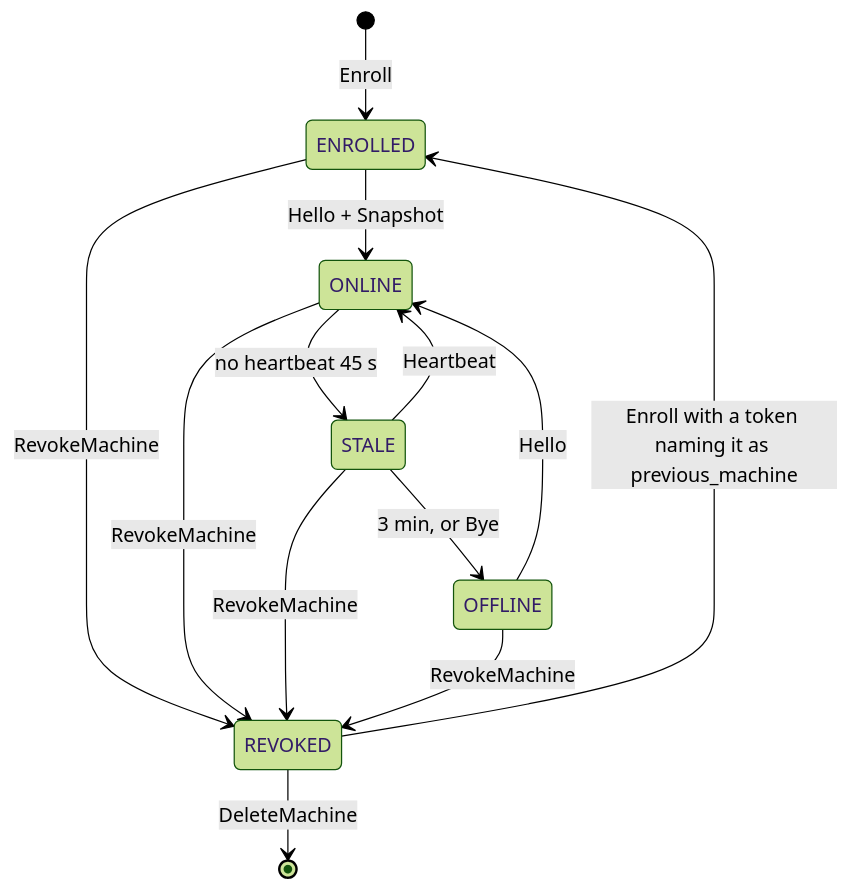
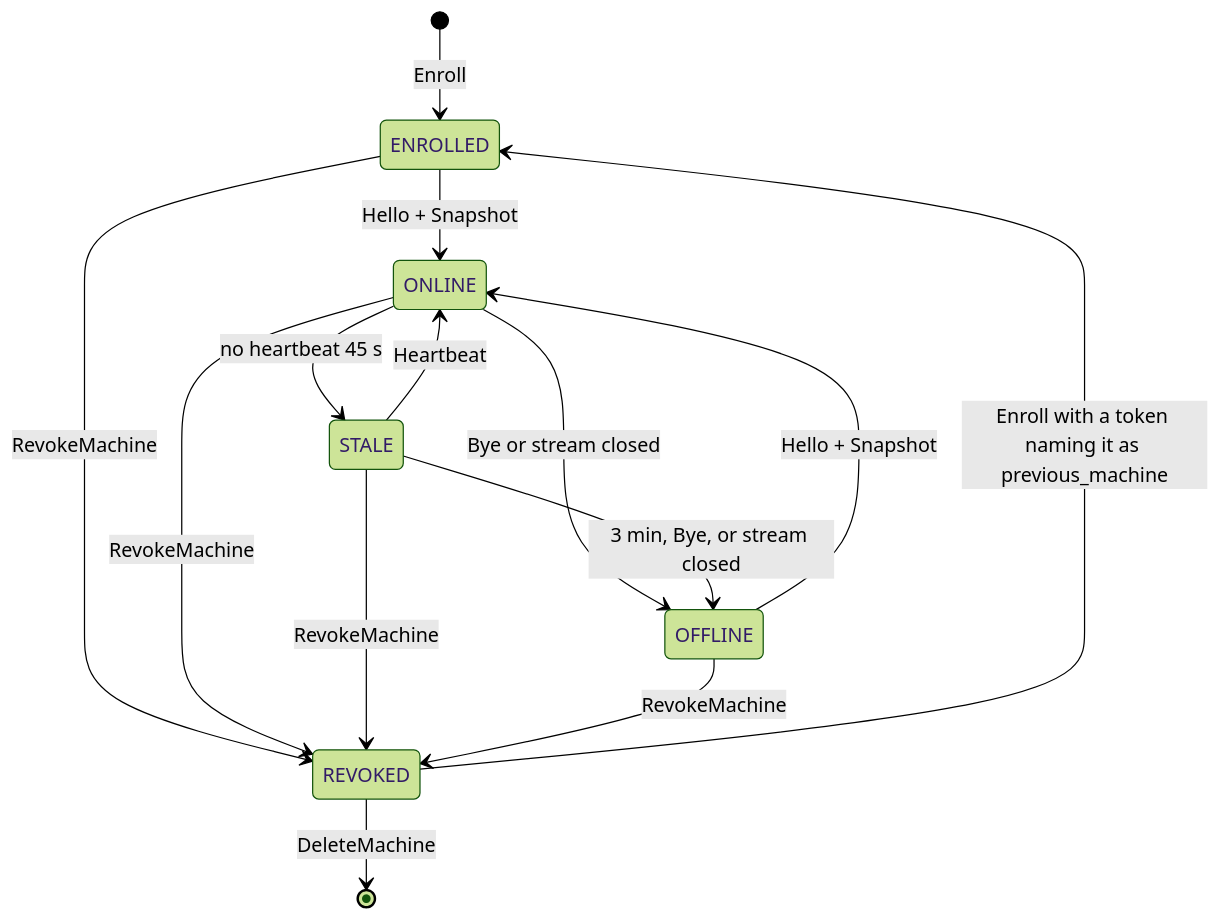
Before and after one commit to linuxdynasty/fleet-board: the diagram in docs/specs/02g-agent-security.md, drawn with Mermaid (forest theme). The commit also changed 12 other files, not shown here.

````diff
--- a/docs/specs/02g-agent-security.md
+++ b/docs/specs/02g-agent-security.md
@@ -252,15 +252,16 @@
 ```mermaid
 stateDiagram-v2
   [*] --> ENROLLED: Enroll
   ENROLLED --> ONLINE: Hello + Snapshot
   ONLINE --> STALE: no heartbeat 45 s
-  STALE --> OFFLINE: 3 min, or Bye
+  ONLINE --> OFFLINE: Bye or stream closed
+  STALE --> OFFLINE: 3 min, Bye, or stream closed
   STALE --> ONLINE: Heartbeat
-  OFFLINE --> ONLINE: Hello
+  OFFLINE --> ONLINE: Hello + Snapshot
   ENROLLED --> REVOKED: RevokeMachine
   ONLINE --> REVOKED: RevokeMachine
   STALE --> REVOKED: RevokeMachine
   OFFLINE --> REVOKED: RevokeMachine
   REVOKED --> ENROLLED: Enroll with a token naming it as previous_machine
   REVOKED --> [*]: DeleteMachine
 ```
````
